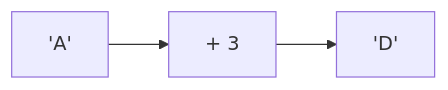
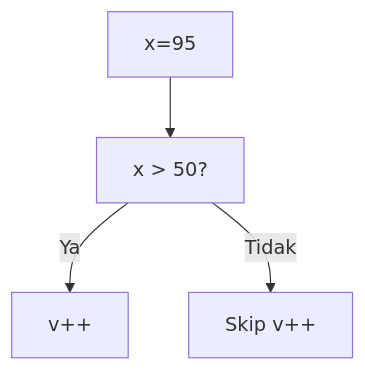
Before and after one commit to amnahwaida/OSNK_INF_PREP: diagram 15 of 25 in part-c-pemahaman-cpp/02-percabangan/latihan/set-09.md, drawn with Mermaid. The commit also changed other lines of this file and 71 other files, not shown here.

````diff
--- a/part-c-pemahaman-cpp/02-percabangan/latihan/set-09.md
+++ b/part-c-pemahaman-cpp/02-percabangan/latihan/set-09.md
@@ -516,5 +415,6 @@
 ```mermaid
-graph LR
-A["'A'"] --> B["+ 3"]
-B --> C["'D'"]
+graph TD
+A["x=95"] --> B["x > 50?"]
+B -- Ya --> C["v++"]
+B -- Tidak --> D["Skip v++"]
 ```
````
